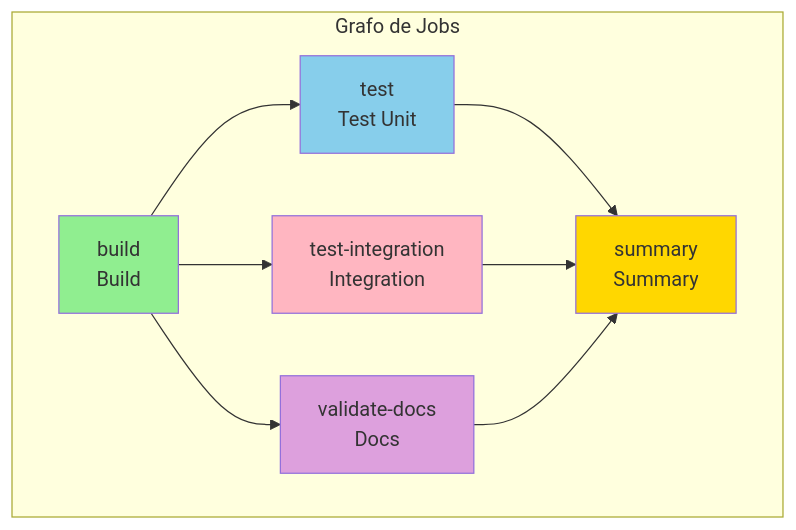
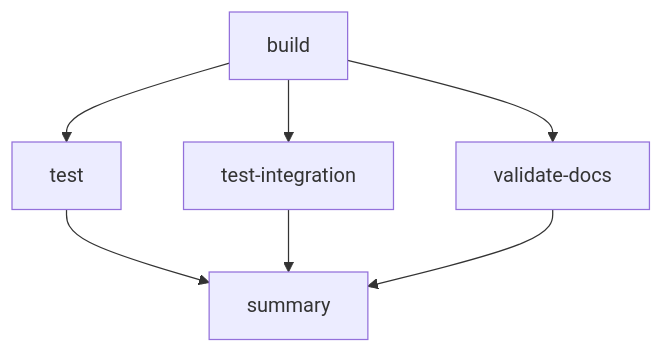
One commit to joseluisgs/TiendaDawApi-NetCore changed the fourth of 7 diagrams in doc/28-ci-cd.md. Above: the diagram before and after it, drawn with Mermaid. The commit also changed other lines of this file, not shown here.

````diff
--- a/doc/28-ci-cd.md
+++ b/doc/28-ci-cd.md
@@ -177,18 +131,9 @@
 ```mermaid
 flowchart TD
-    subgraph Jobs["Grafo de Jobs"]
-        B[build<br/>Build] --> T[test<br/>Test Unit]
-        B --> D[validate-docs<br/>Docs]
-        B --> TI[test-integration<br/>Integration]
-        
-        T --> S[summary<br/>Summary]
-        TI --> S
-        D --> S
-    end
-    
-    style B fill:#90EE90
-    style T fill:#87CEEB
-    style TI fill:#FFB6C1
-    style D fill:#DDA0DD
-    style S fill:#FFD700
+    B[build] --> T[test]
+    B --> D[validate-docs]
+    B --> TI[test-integration]
+    T --> S[summary]
+    TI --> S
+    D --> S
 ```
````
